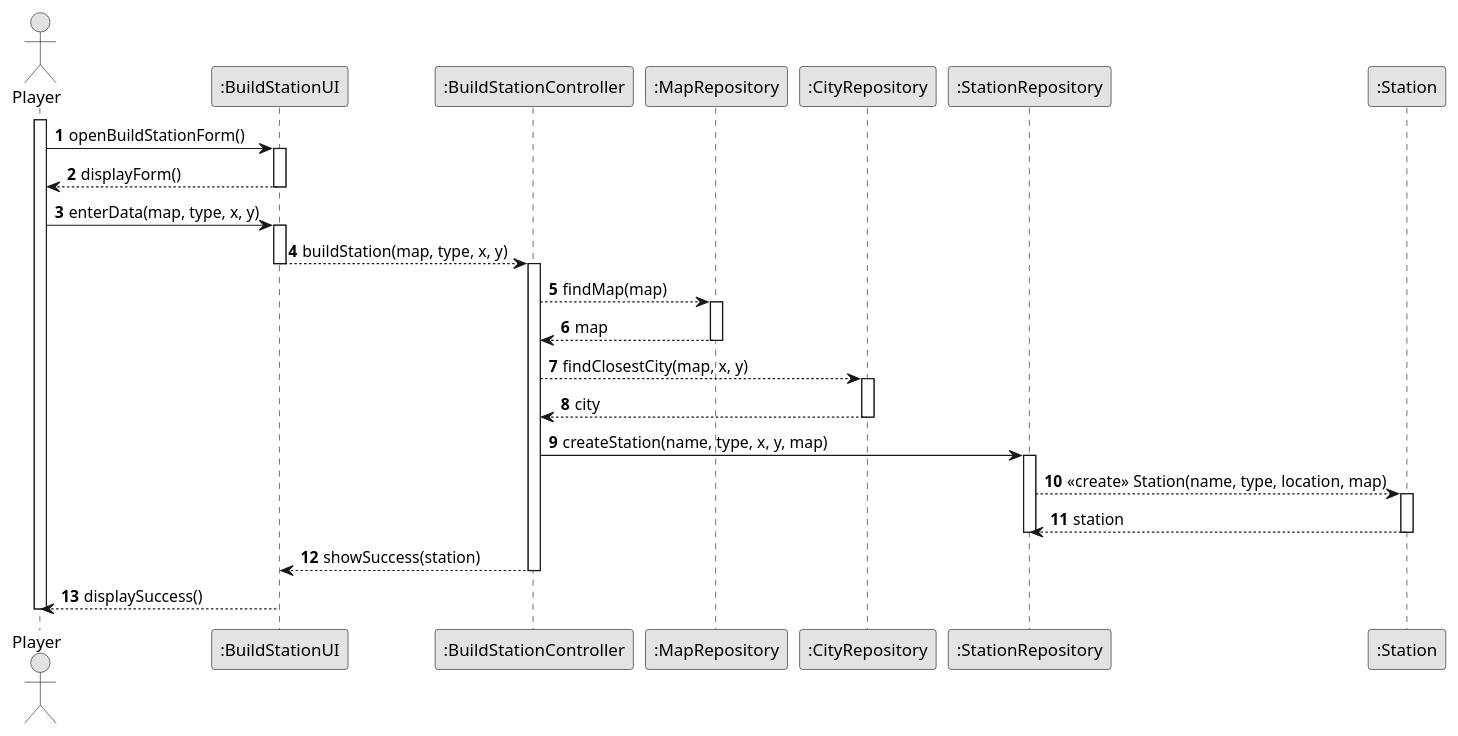
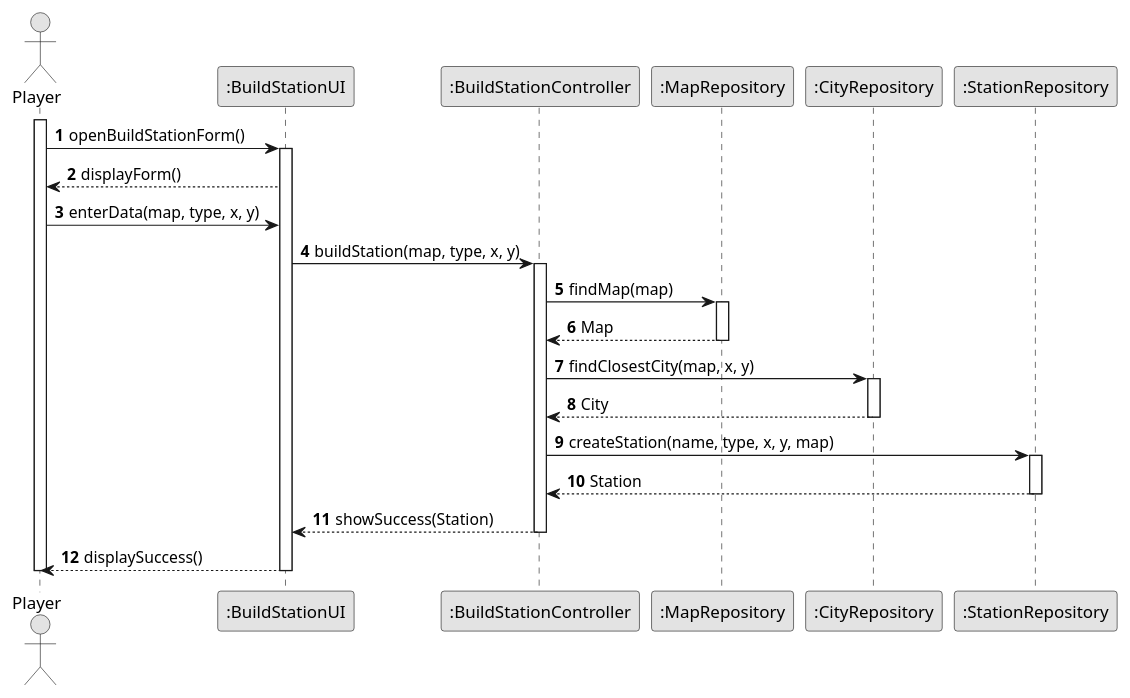
Before and after one commit to goncalolopesp/sem2-pi-24.25-g093-repo: the diagram in docs/system-documentation/US005/03.design/puml/US005-SD.puml, drawn with PlantUML. The commit also changed 7 other files, not shown here.

```diff
--- a/docs/system-documentation/US005/03.design/puml/US005-SD.puml
+++ b/docs/system-documentation/US005/03.design/puml/US005-SD.puml
@@ -1,50 +1,44 @@
 @startuml US005-SD
 skinparam monochrome true
 skinparam packageStyle rectangle
 skinparam shadowing false
 autonumber
 
 actor "Player" as Player
 participant ":BuildStationUI" as BuildUI
 participant ":BuildStationController" as BuildController
 participant ":MapRepository" as MapRepo
 participant ":CityRepository" as CityRepo
 participant ":StationRepository" as StationRepo
-participant ":Station" as Station
 
 activate Player
 Player -> BuildUI: openBuildStationForm()
 activate BuildUI
 BuildUI --> Player: displayForm()
-deactivate BuildUI
 
 Player -> BuildUI: enterData(map, type, x, y)
-activate BuildUI
-BuildUI --> BuildController: buildStation(map, type, x, y)
-deactivate BuildUI
+BuildUI -> BuildController: buildStation(map, type, x, y)
+activate BuildController
 
-activate BuildController
-BuildController --> MapRepo: findMap(map)
+BuildController -> MapRepo: findMap(map)
 activate MapRepo
-MapRepo --> BuildController: map
+MapRepo --> BuildController: Map
 deactivate MapRepo
 
-BuildController --> CityRepo: findClosestCity(map, x, y)
+BuildController -> CityRepo: findClosestCity(map, x, y)
 activate CityRepo
-CityRepo --> BuildController: city
+CityRepo --> BuildController: City
 deactivate CityRepo
 
 BuildController -> StationRepo: createStation(name, type, x, y, map)
 activate StationRepo
-StationRepo --> Station: «create» Station(name, type, location, map)
-activate Station
-Station --> StationRepo: station
-deactivate Station
+StationRepo --> BuildController: Station
 deactivate StationRepo
 
-BuildController --> BuildUI: showSuccess(station)
+BuildController --> BuildUI: showSuccess(Station)
 deactivate BuildController
 
 BuildUI --> Player: displaySuccess()
+deactivate BuildUI
 deactivate Player
 @enduml
```
